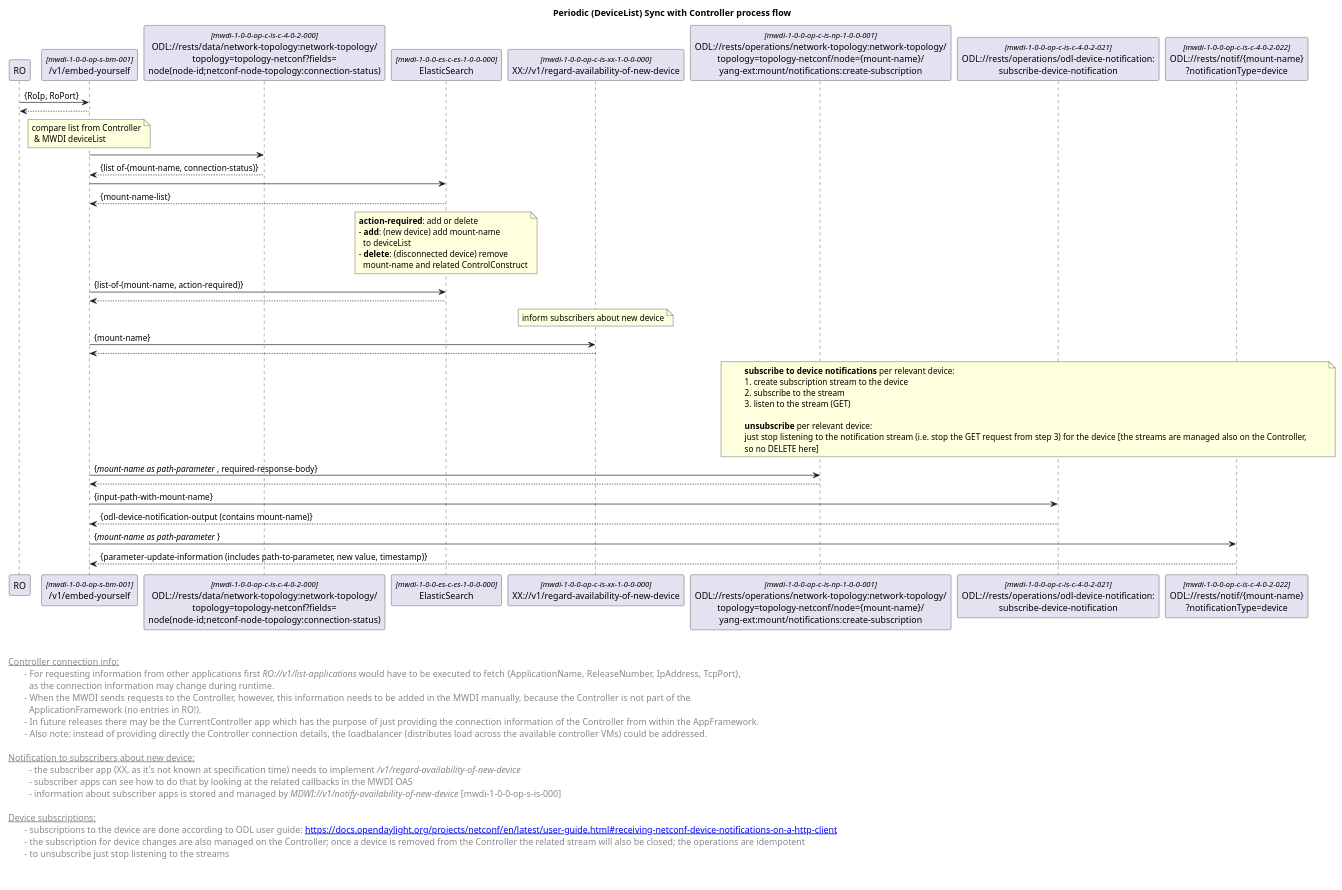
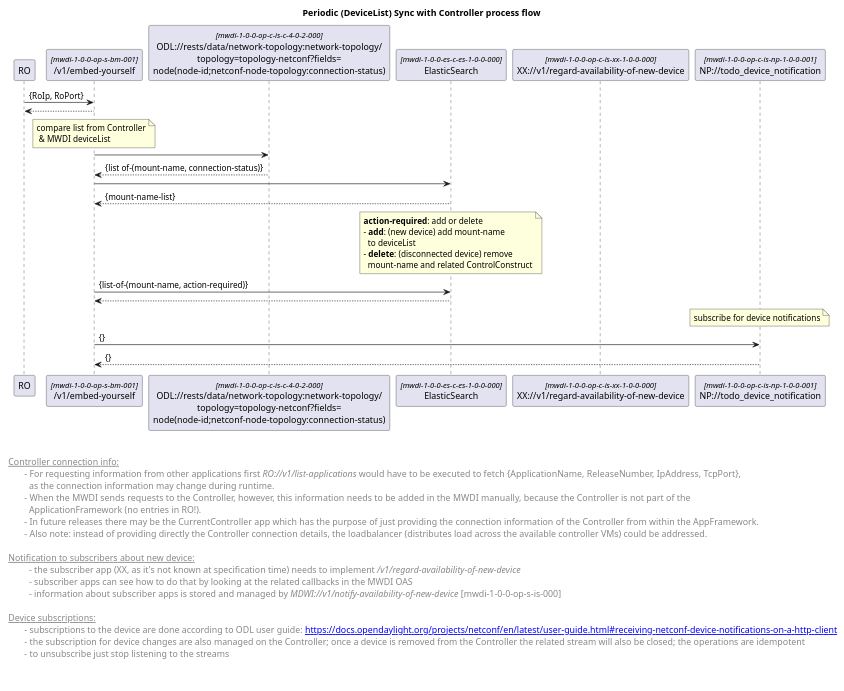
One commit to openBackhaul/MicroWaveDeviceInventory changed the diagram in spec/_NEU_MIT_NOTIFICATION_PROXY_draft/diagrams/01x_forwardingCyclicOperationDeviceListSync.plantuml. Above: the diagram before and after it, drawn with PlantUML. The commit also changed 3 other files, not shown here.

```diff
--- a/spec/_NEU_MIT_NOTIFICATION_PROXY_draft/diagrams/01x_forwardingCyclicOperationDeviceListSync.plantuml
+++ b/spec/_NEU_MIT_NOTIFICATION_PROXY_draft/diagrams/01x_forwardingCyclicOperationDeviceListSync.plantuml
@@ -1,105 +1,82 @@
 @startuml
 skinparam responseMessageBelowArrow true
 skinparam guillemet [ ]
 skinparam participant {
   StereotypeFontSize 12  
 }
 
 title  Periodic (DeviceList) Sync with Controller process flow
 
 
 'participants
 participant "RO" as ro
 participant "/v1/embed-yourself" as mwdi <<mwdi-1-0-0-op-s-bm-001>>
 participant "ODL://rests/data/network-topology:network-topology/\ntopology=topology-netconf?fields=\nnode(node-id;netconf-node-topology:connection-status)" as odlConnectionStatus <<mwdi-1-0-0-op-c-is-c-4-0-2-000>>
 participant "ElasticSearch" as es <<mwdi-1-0-0-es-c-es-1-0-0-000>>
 participant "XX://v1/regard-availability-of-new-device" as notificationToXX <<mwdi-1-0-0-op-c-is-xx-1-0-0-000>>
-participant "ODL://rests/operations/network-topology:network-topology/\ntopology=topology-netconf/node={mount-name}/\nyang-ext:mount/notifications:create-subscription" as odlsubscribe1 <<mwdi-1-0-0-op-c-is-np-1-0-0-001>>
-participant "ODL://rests/operations/odl-device-notification:\nsubscribe-device-notification" as odlsubscribe2 <<mwdi-1-0-0-op-c-is-c-4-0-2-021>>
-participant "ODL://rests/notif/{mount-name}\n?notificationType=device" as odlsubscribe3 <<mwdi-1-0-0-op-c-is-c-4-0-2-022>>
+participant "NP://todo_device_notification" as npsubscribedev <<mwdi-1-0-0-op-c-is-np-1-0-0-001>>
 
 
 ro -> mwdi: {RoIp, RoPort}
 mwdi --> ro
 
 'get deviceList from Controller
 note over mwdi: compare list from Controller\n & MWDI deviceList
 mwdi -> odlConnectionStatus
 odlConnectionStatus --> mwdi: {list of-(mount-name, connection-status)}
 
 'get MWDI deviceList from ElasticSearch 
 mwdi -> es
 es --> mwdi: {mount-name-list}
 
 'diff both lists and process devices accordingly
 note over es
  <b>action-required</b>: add or delete
  - <b>add</b>: (new device) add mount-name 
    to deviceList
  - <b>delete</b>: (disconnected device) remove 
    mount-name and related ControlConstruct
 end note 
 
 mwdi -> es: {list-of-(mount-name, action-required)}
 es --> mwdi
 
 'inform subscribers about new device
-note over notificationToXX: inform subscribers about new device
-mwdi -> notificationToXX: {mount-name}
-notificationToXX --> mwdi
-
-'subscription to Controller
-note over odlsubscribe1, odlsubscribe3
-<b>subscribe to device notifications</b> per relevant device:
-1. create subscription stream to the device
-2. subscribe to the stream
-3. listen to the stream (GET)
-
-<b>unsubscribe</b> per relevant device:
-just stop listening to the notification stream (i.e. stop the GET request from step 3) for the device [the streams are managed also on the Controller,
-so no DELETE here]
-end note
-
-mwdi -> odlsubscribe1: {<i>mount-name as path-parameter </i>, required-response-body}
-odlsubscribe1 --> mwdi
-
-mwdi -> odlsubscribe2: {input-path-with-mount-name}
-odlsubscribe2 --> mwdi: {odl-device-notification-output (contains mount-name)}
-
-mwdi -> odlsubscribe3: {<i>mount-name as path-parameter </i>}
-odlsubscribe3 --> mwdi: {parameter-update-information (includes path-to-parameter, new value, timestamp)}
+note over npsubscribedev: subscribe for device notifications
+mwdi -> npsubscribedev: {}
+npsubscribedev --> mwdi: {}
 
 
 
 left footer 
 
 
 <u> Controller connection info:</u>
 \t- For requesting information from other applications first <i>RO://v1/list-applications</i> would have to be executed to fetch {ApplicationName, ReleaseNumber, IpAddress, TcpPort}, 
 \t  as the connection information may change during runtime.
 \t-  When the MWDI sends requests to the Controller, however, this information needs to be added in the MWDI manually, because the Controller is not part of the 
 \t  ApplicationFramework (no entries in RO!). 
 \t-  In future releases there may be the CurrentController app which has the purpose of just providing the connection information of the Controller from within the AppFramework.
 \t-  Also note: instead of providing directly the Controller connection details, the loadbalancer (distributes load across the available controller VMs) could be addressed.
 
 <u> Notification to subscribers about new device:</u>
 \t  - the subscriber app (XX, as it's not known at specification time) needs to implement <i>/v1/regard-availability-of-new-device</i>
 \t  - subscriber apps can see how to do that by looking at the related callbacks in the MWDI OAS 
 \t  - information about subscriber apps is stored and managed by <i>MDWI://v1/notify-availability-of-new-device</i> [mwdi-1-0-0-op-s-is-000]
 
 <u> Device subscriptions:</u>
 \t- subscriptions to the device are done according to ODL user guide: [[https://docs.opendaylight.org/projects/netconf/en/latest/user-guide.html#receiving-netconf-device-notifications-on-a-http-client]]
 \t- the subscription for device changes are also managed on the Controller; once a device is removed from the Controller the related stream will also be closed; the operations are idempotent
 \t- to unsubscribe just stop listening to the streams
 
 
 end footer
 
 <style>
 footer {
   HorizontalAlignment left
   FontSize 14
 }
 </style>
 
 @enduml
```
